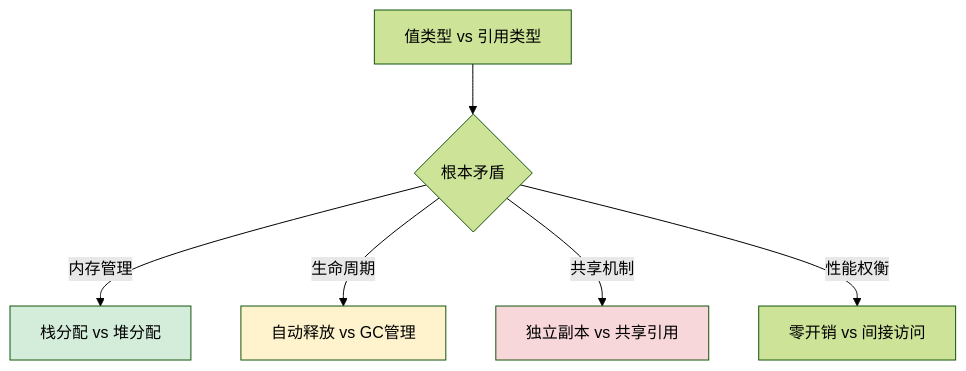
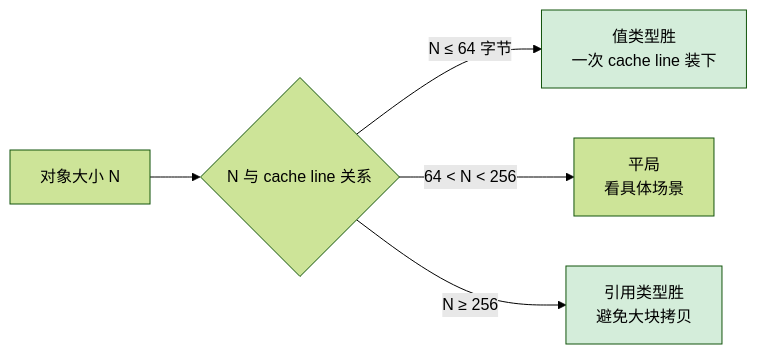
One commit to chongyang211/YCBookBlog changed the sixth of 33 diagrams in 00.通用技术的提升/02.程序编程原理/03.值型变量和引用.md. Above: the diagram before and after it, drawn with Mermaid (forest theme). The commit also changed other lines of this file and 6 other files, not shown here.

````diff
--- a/00.通用技术的提升/02.程序编程原理/03.值型变量和引用.md
+++ b/00.通用技术的提升/02.程序编程原理/03.值型变量和引用.md
@@ -99,12 +266,10 @@
 ```mermaid
-graph TB
-    A[值类型 vs 引用类型] --> B{根本矛盾}
-    B -->|内存管理| C[栈分配 vs 堆分配]
-    B -->|生命周期| D[自动释放 vs GC管理]
-    B -->|共享机制| E[独立副本 vs 共享引用]
-    B -->|性能权衡| F[零开销 vs 间接访问]
-    
+flowchart LR
+    A[对象大小 N] --> B{N 与 cache line 关系}
+    B -->|N ≤ 64 字节| C[值类型胜<br/>一次 cache line 装下]
+    B -->|64 < N < 256| D[平局<br/>看具体场景]
+    B -->|N ≥ 256| E[引用类型胜<br/>避免大块拷贝]
+
     style C fill:#d4edda
-    style D fill:#fff3cd
-    style E fill:#f8d7da
+    style E fill:#d4edda
 ```
````
